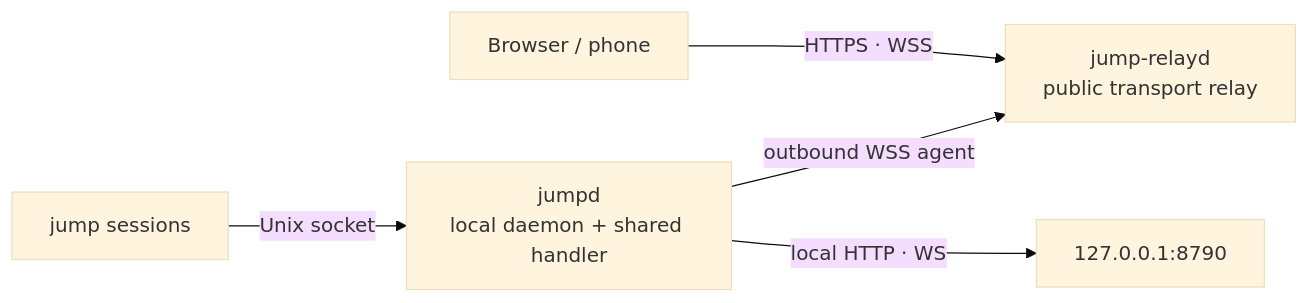
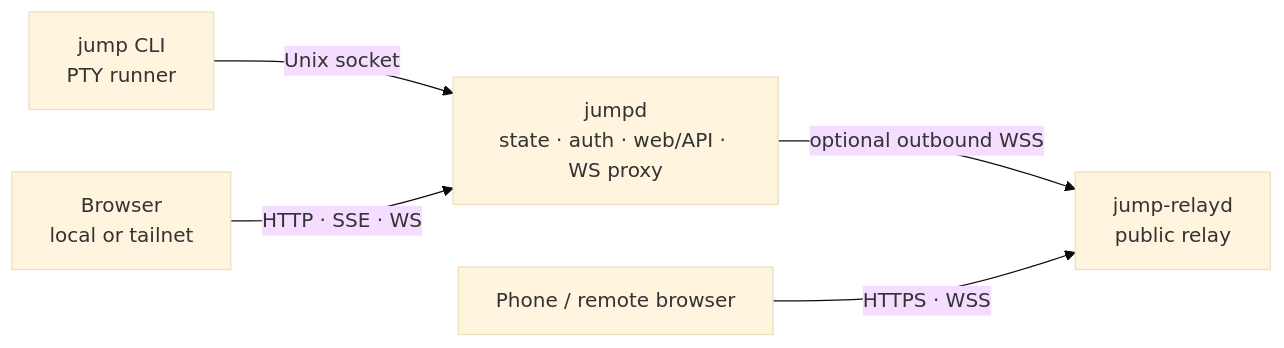
The diagram in README.md (btmc0/datai), drawn with Mermaid (base theme) before and after one commit. The commit also changed other lines of this file, not shown here.

````diff
--- a/README.md
+++ b/README.md
@@ -62,7 +9,7 @@
 ```mermaid
 graph LR
-    browser["Browser / phone"] -->|HTTPS · WSS| relayd["jump-relayd\npublic transport relay"]
-    jumpd["jumpd\nlocal daemon + shared handler"] -->|outbound WSS agent| relayd
-    jumpd -->|local HTTP · WS| local["127.0.0.1:8790"]
-    jump["jump sessions"] -->|Unix socket| jumpd
+    cli["jump CLI\nPTY runner"] -->|Unix socket| daemon["jumpd\nstate · auth · web/API · WS proxy"]
+    browser["Browser\nlocal or tailnet"] -->|HTTP · SSE · WS| daemon
+    daemon -->|optional outbound WSS| relay["jump-relayd\npublic relay"]
+    phone["Phone / remote browser"] -->|HTTPS · WSS| relay
 ```
````
